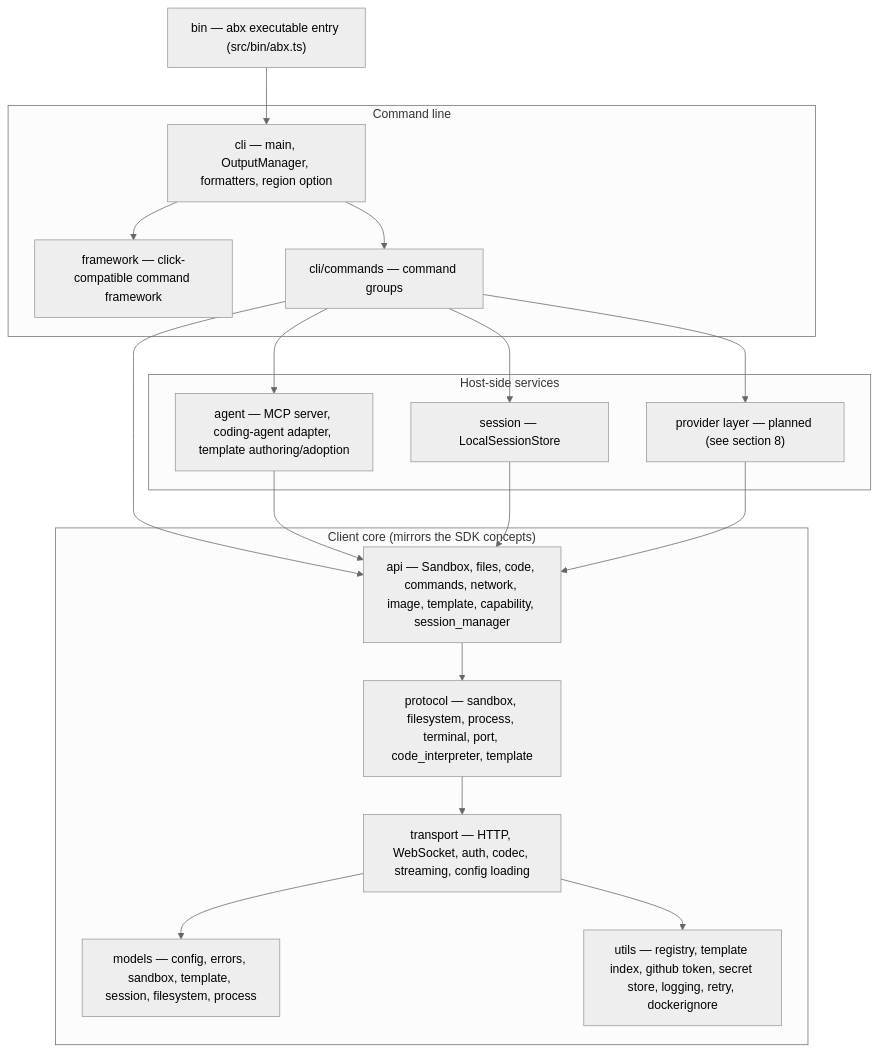
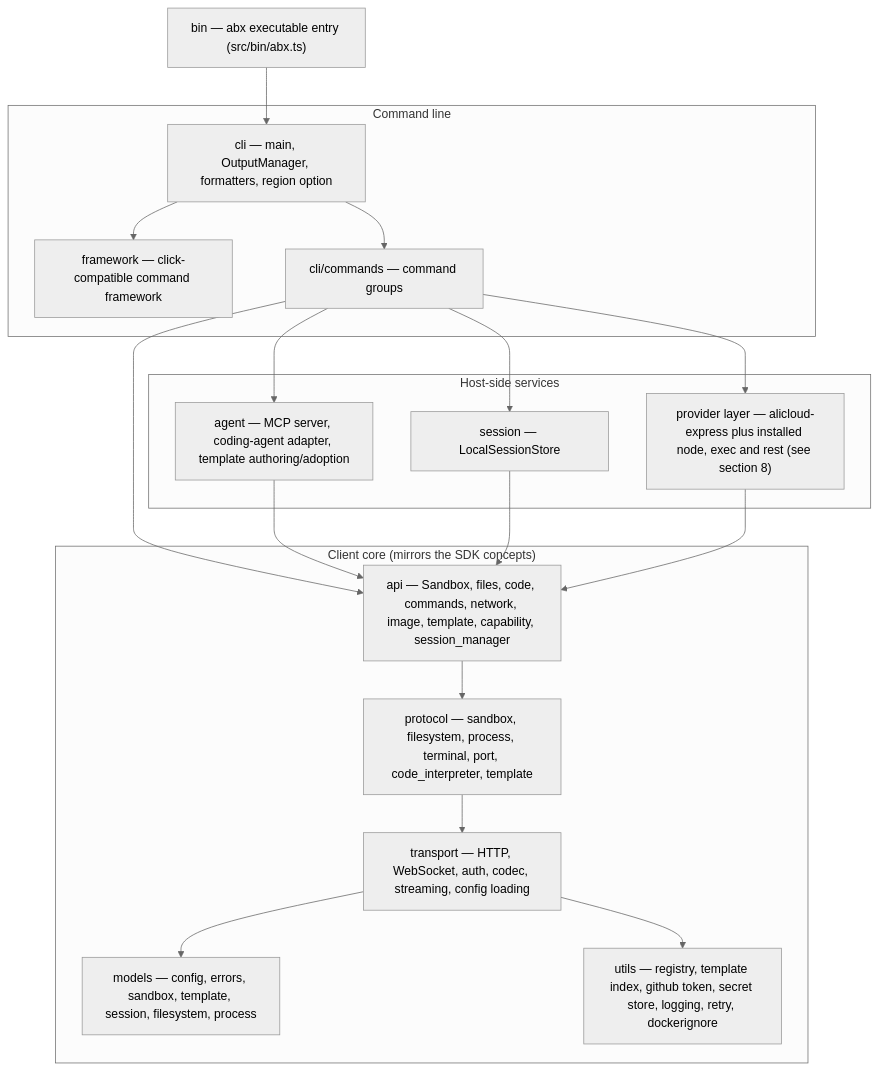
The diagram in docs/en/design/architecture.md (Alibaba-Agent-Sandbox/agent-sandbox), drawn with Mermaid (neutral theme) before and after one commit. The commit also changed other lines of this file and 111 other files, not shown here.

````diff
--- a/docs/en/design/architecture.md
+++ b/docs/en/design/architecture.md
@@ -19,35 +19,35 @@
 ```mermaid
 graph TB
     BIN["bin — abx executable entry (src/bin/abx.ts)"]
     subgraph Front["Command line"]
         FW["framework — click-compatible command framework"]
         CLI["cli — main, OutputManager, formatters, region option"]
         CMD["cli/commands — command groups"]
     end
     subgraph Services["Host-side services"]
         AG["agent — MCP server, coding-agent adapter, template authoring/adoption"]
-        PRV["provider layer — planned (see section 8)"]
+        PRV["provider layer — alicloud-express plus installed node, exec and rest (see section 8)"]
         SES["session — LocalSessionStore"]
     end
     subgraph Core["Client core (mirrors the SDK concepts)"]
         API["api — Sandbox, files, code, commands, network, image, template, capability, session_manager"]
         PRO["protocol — sandbox, filesystem, process, terminal, port, code_interpreter, template"]
         TRA["transport — HTTP, WebSocket, auth, codec, streaming, config loading"]
         MOD["models — config, errors, sandbox, template, session, filesystem, process"]
         UTL["utils — registry, template index, github token, secret store, logging, retry, dockerignore"]
     end
 
     BIN --> CLI
     CLI --> FW
     CLI --> CMD
     CMD --> AG
     CMD --> SES
     CMD --> API
     CMD --> PRV
     AG --> API
     SES --> API
     PRV --> API
     API --> PRO --> TRA
     TRA --> MOD
     TRA --> UTL
 ```
````
